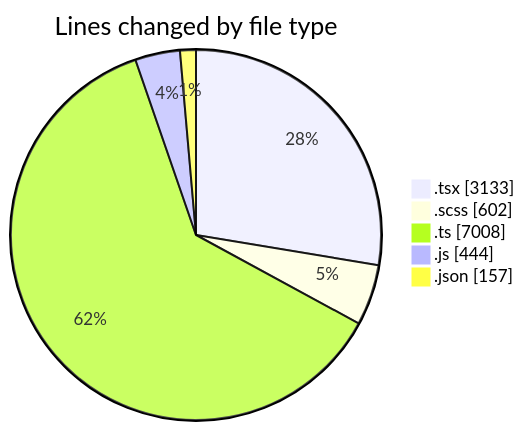
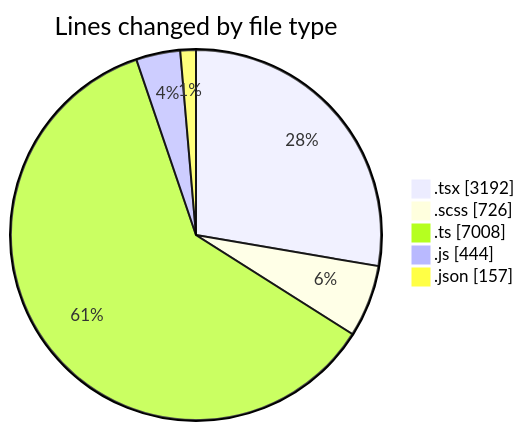
Before and after one commit to momahboobian/code-tracking: the first of 2 diagrams in 2026-04-23/cda/README.md, drawn with Mermaid. The commit also changed other lines of this file and 1 other file, not shown here.

````diff
--- a/2026-04-23/cda/README.md
+++ b/2026-04-23/cda/README.md
@@ -41,9 +41,9 @@
 ```mermaid
 pie showData
 title Lines changed by file type
-".tsx" : 3133
-".scss" : 602
+".tsx" : 3192
+".scss" : 726
 ".ts" : 7008
 ".js" : 444
 ".json" : 157
 ```
````
